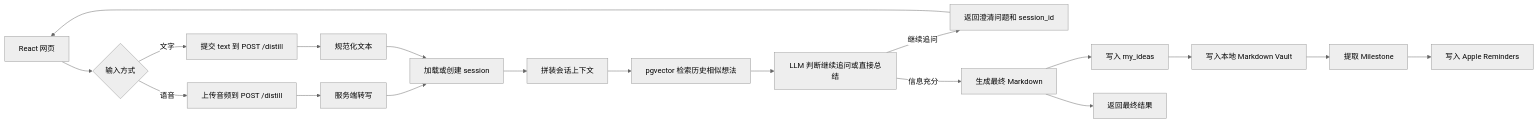
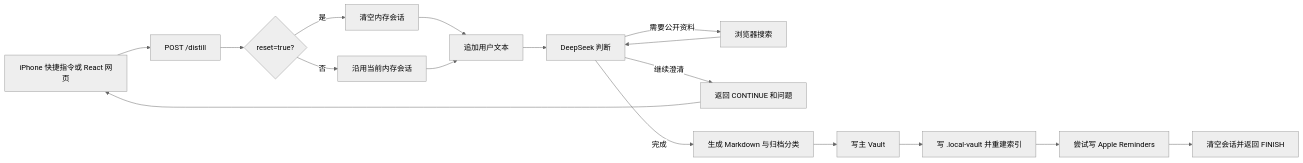
One commit to sadofriod/adhd-healing changed the diagram in docs/PRD-MVP.md. Above: the diagram before and after it, drawn with Mermaid (neutral theme). The commit also changed other lines of this file and 28 other files, not shown here.

Commit message:
v0.1.0: only Apple Reminder & local file system

````diff
--- a/docs/PRD-MVP.md
+++ b/docs/PRD-MVP.md
@@ -79,21 +60,19 @@
 ```mermaid
 flowchart LR
-    A[React 网页] --> B{输入方式}
-        B -->|语音| C[上传音频到 POST /distill]
-        B -->|文字| D[提交 text 到 POST /distill]
-        C --> E[服务端转写]
-        D --> F[规范化文本]
-        E --> G[加载或创建 session]
-        F --> G
-        G --> H[拼装会话上下文]
-        H --> I[pgvector 检索历史相似想法]
-        I --> J[LLM 判断继续追问或直接总结]
-        J -->|继续追问| K[返回澄清问题和 session_id]
-        K --> A
-        J -->|信息充分| L[生成最终 Markdown]
-        L --> M[写入 my_ideas]
-        M --> N[写入本地 Markdown Vault]
-        N --> O[提取 Milestone]
-        O --> P[写入 Apple Reminders]
-        L --> Q[返回最终结果]
+    A[iPhone 快捷指令或 React 网页] --> B[POST /distill]
+    B --> C{reset=true?}
+    C -->|是| D[清空内存会话]
+    C -->|否| E[沿用当前内存会话]
+    D --> F[追加用户文本]
+    E --> F
+    F --> G[DeepSeek 判断]
+    G -->|需要公开资料| H[浏览器搜索]
+    H --> G
+    G -->|继续澄清| I[返回 CONTINUE 和问题]
+    I --> A
+    G -->|完成| J[生成 Markdown 与归档分类]
+    J --> K[写主 Vault]
+    K --> L[写 .local-vault 并重建索引]
+    L --> M[尝试写 Apple Reminders]
+    M --> N[清空会话并返回 FINISH]
 ```
````
